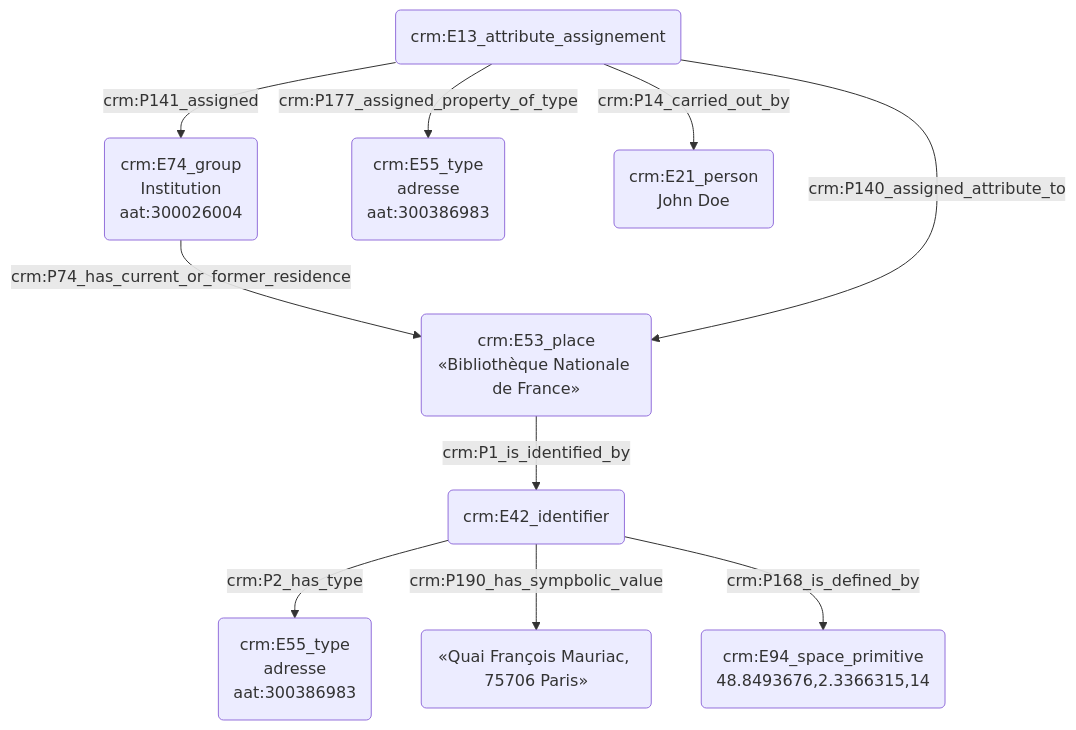
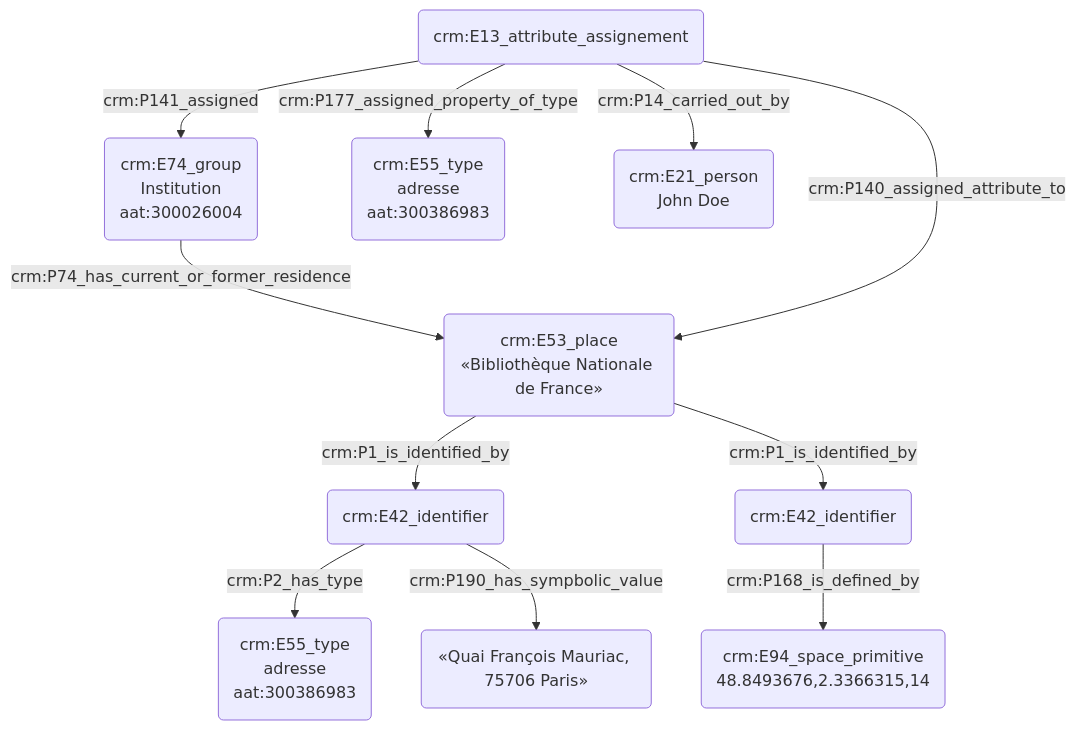
Before and after one commit to Amleth/consortium-musica2-gt2-ontologies: the diagram in modules/livrables/Dossier 2/Indexation conceptuelle/indexation_d_un_lieu.md, drawn with Mermaid.

````diff
--- a/modules/livrables/Dossier 2/Indexation conceptuelle/indexation_d_un_lieu.md
+++ b/modules/livrables/Dossier 2/Indexation conceptuelle/indexation_d_un_lieu.md
@@ -17,18 +17,21 @@
 ```mermaid
 graph TD;
 
 A(crm:E53_place<br>Bibliothèque_Nationale_de_France) --> |crm:P1_is_identified_by| B(crm:E42_identifier)
+A(crm:E53_place<br>Bibliothèque_Nationale_de_France) --> |crm:P1_is_identified_by| S(crm:E42_identifier)
+S(crm:E42_identifier) --> |crm:P168_is_defined_by| Z(crm:E94_space_primitive<br>48.8493676,2.3366315,14)
+
 B(crm:E42_identifier) --> |crm:P2_has_type| X(crm:E55_type<br>adresse<br>aat:300386983)
 B(crm:E42_identifier) --> |crm:P190_has_sympbolic_value| Y(«Quai François Mauriac, 75706 Paris»)
-B(crm:E42_identifier) --> |crm:P168_is_defined_by| Z(crm:E94_space_primitive<br>48.8493676,2.3366315,14)
+
 
 C(crm:E74_group<br>Institution<br>aat:300026004) --> |crm:P74_has_current_or_former_residence| A(crm:E53_place<br>Bibliothèque_Nationale_de_France)
 
 
 H(crm:E13_attribute_assignement) --> |crm:P140_assigned_attribute_to| A(crm:E53_place<br>«Bibliothèque Nationale de France») 
 H(crm:E13_attribute_assignement) --> |crm:P141_assigned| C(crm:E74_group<br>Institution<br>aat:300026004)
 H(crm:E13_attribute_assignement) --> |crm:P177_assigned_property_of_type| K(crm:E55_type<br>adresse<br>aat:300386983)
 H(crm:E13_attribute_assignement) --> |crm:P14_carried_out_by| J(crm:E21_person<br>John Doe)
 
 
 ```
````
